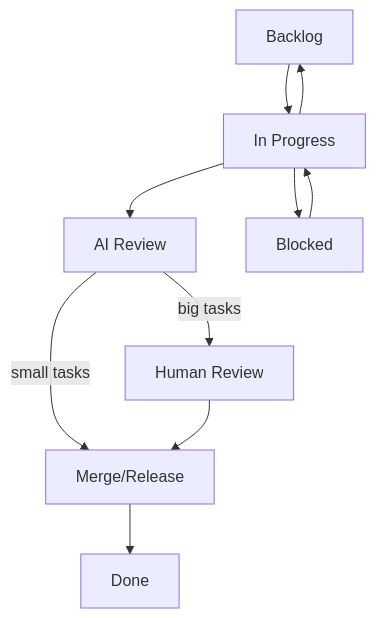
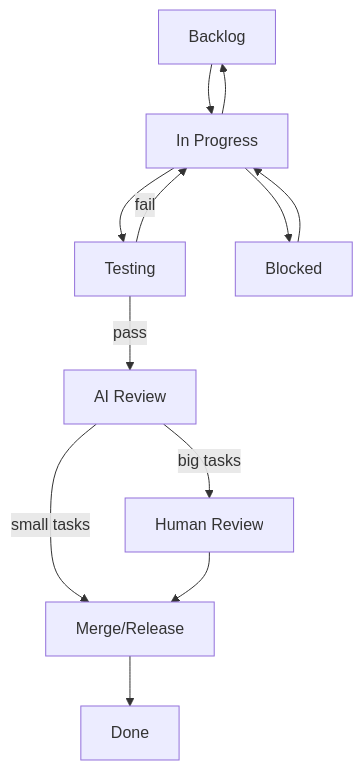
The diagram in skills/amoa-remote-agent-coordinator/templates/github/KANBAN_SYNC_PROTOCOL-part2-transitions-and-commands.md (Emasoft/ai-maestro-orchestrator-agent), drawn with Mermaid before and after one commit. The commit also changed other lines of this file and 11 other files, not shown here.

````diff
--- a/skills/amoa-remote-agent-coordinator/templates/github/KANBAN_SYNC_PROTOCOL-part2-transitions-and-commands.md
+++ b/skills/amoa-remote-agent-coordinator/templates/github/KANBAN_SYNC_PROTOCOL-part2-transitions-and-commands.md
@@ -13,12 +13,14 @@
 ```mermaid
 graph TD
     A[Backlog] --> B[In Progress]
-    B --> C[AI Review]
+    B --> T[Testing]
+    T -->|pass| C[AI Review]
+    T -->|fail| B
     C -->|big tasks| D[Human Review]
     C -->|small tasks| E[Merge/Release]
     D --> E[Merge/Release]
     E --> F[Done]
     B --> G[Blocked]
     G --> B
     B --> A
 ```
````
